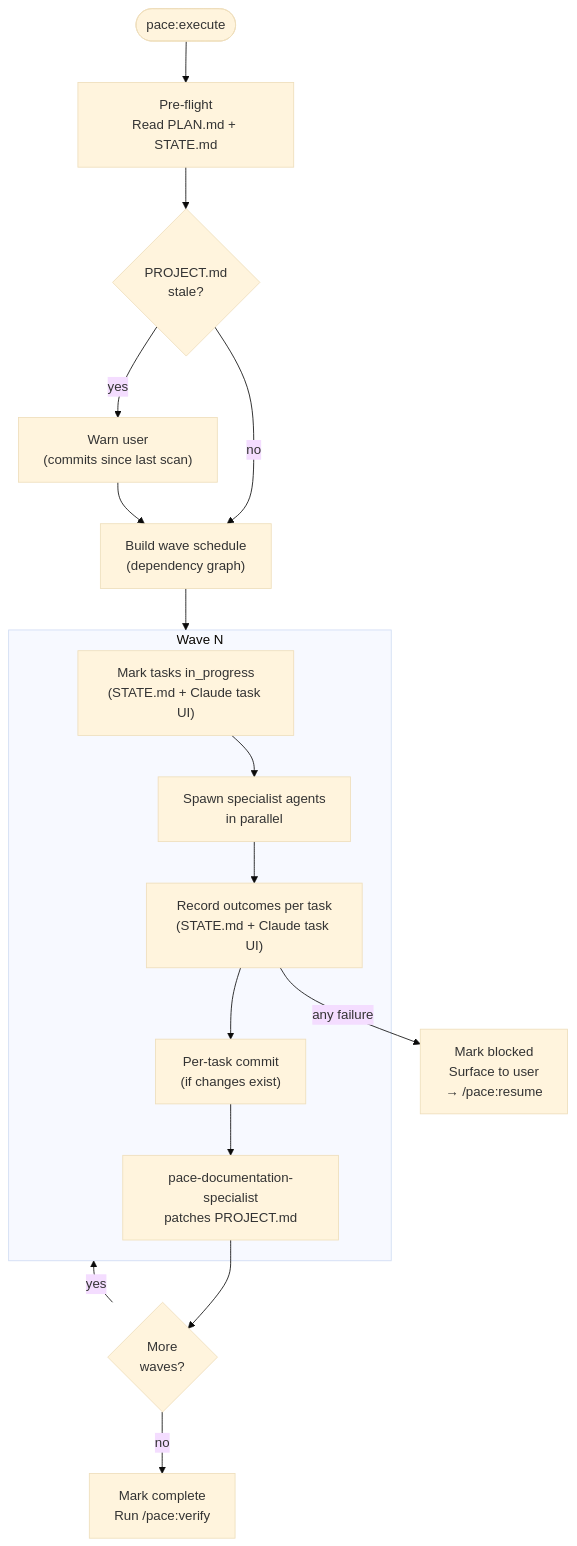
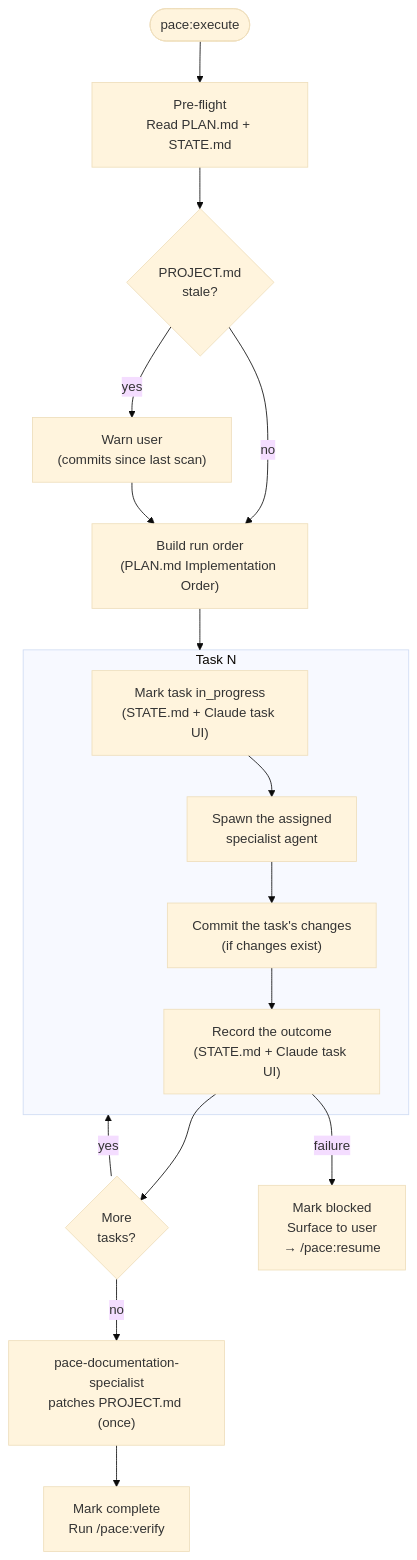
Before and after one commit to jwprichard/pace: the third of 6 diagrams in docs/architecture.md, drawn with Mermaid (base theme). The commit also changed other lines of this file and 17 other files, not shown here.

First line of the commit message:
Replace agent swarm with singular agents for plan, execute, and review

````diff
--- a/docs/architecture.md
+++ b/docs/architecture.md
@@ -71,26 +71,26 @@
 ```mermaid
 flowchart TD
     start(["pace:execute"]) --> preflight["Pre-flight\nRead PLAN.md + STATE.md"]
     preflight --> stale{"PROJECT.md\nstale?"}
     stale -->|yes| warn["Warn user\n(commits since last scan)"]
-    stale -->|no| waves
-    warn --> waves
+    stale -->|no| order
+    warn --> order
 
-    waves["Build wave schedule\n(dependency graph)"]
-    waves --> wave1
+    order["Build run order\n(PLAN.md Implementation Order)"]
+    order --> task1
 
-    subgraph wave1["Wave N"]
-        mark["Mark tasks in_progress\n(STATE.md + Claude task UI)"]
-        spawn["Spawn specialist agents\nin parallel"]
+    subgraph task1["Task N"]
+        mark["Mark task in_progress\n(STATE.md + Claude task UI)"]
+        spawn["Spawn the assigned\nspecialist agent"]
         mark --> spawn
-        spawn --> outcomes["Record outcomes per task\n(STATE.md + Claude task UI)"]
-        outcomes --> commit["Per-task commit\n(if changes exist)"]
-        commit --> doc["pace-documentation-specialist\npatches PROJECT.md"]
+        spawn --> commit["Commit the task's changes\n(if changes exist)"]
+        commit --> outcomes["Record the outcome\n(STATE.md + Claude task UI)"]
     end
 
-    doc --> more{"More\nwaves?"}
-    more -->|yes| wave1
-    more -->|no| done["Mark complete\nRun /pace:verify"]
+    outcomes --> more{"More\ntasks?"}
+    more -->|yes| task1
+    more -->|no| doc["pace-documentation-specialist\npatches PROJECT.md (once)"]
+    doc --> done["Mark complete\nRun /pace:verify"]
 
-    outcomes -->|any failure| blocked["Mark blocked\nSurface to user\n→ /pace:resume"]
+    outcomes -->|failure| blocked["Mark blocked\nSurface to user\n→ /pace:resume"]
 ```
````
